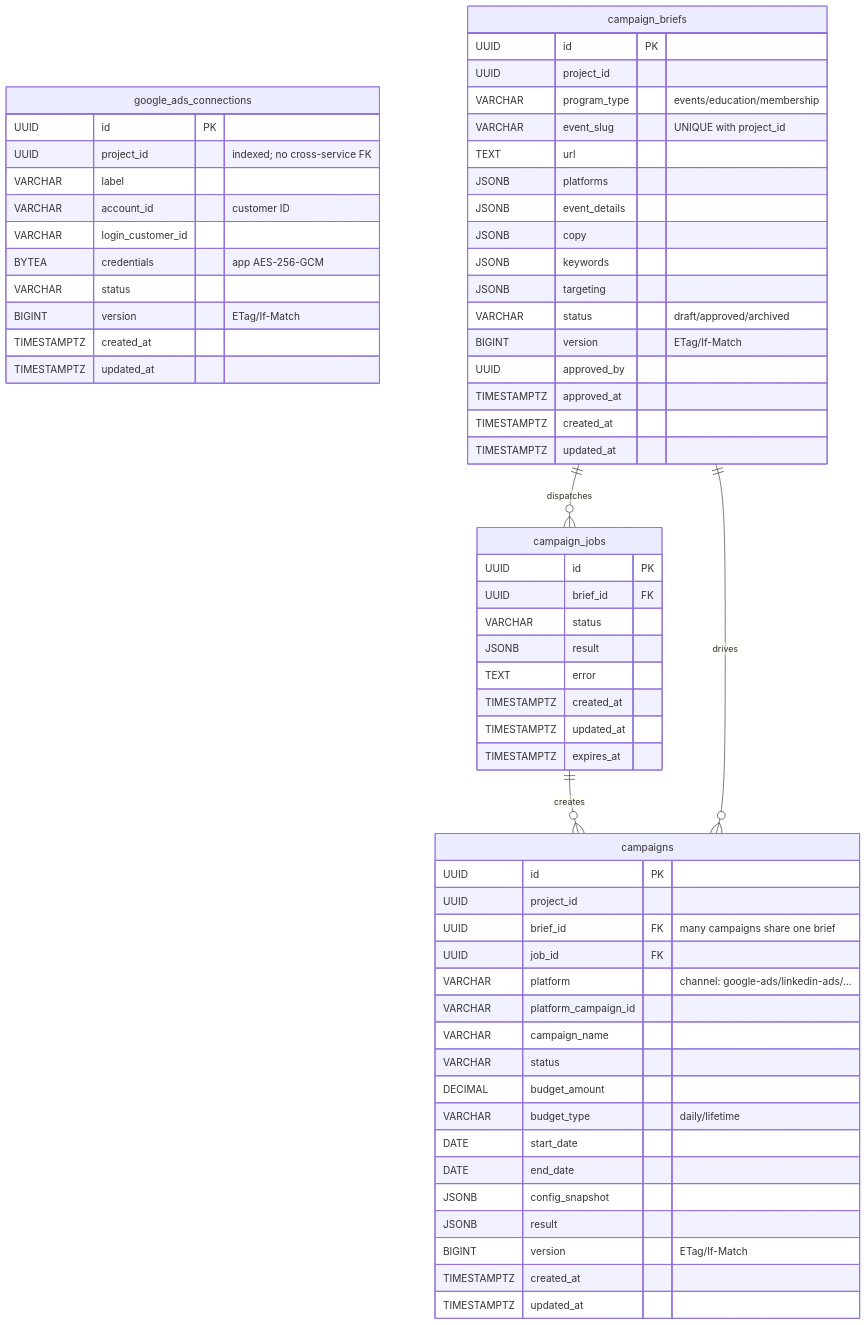
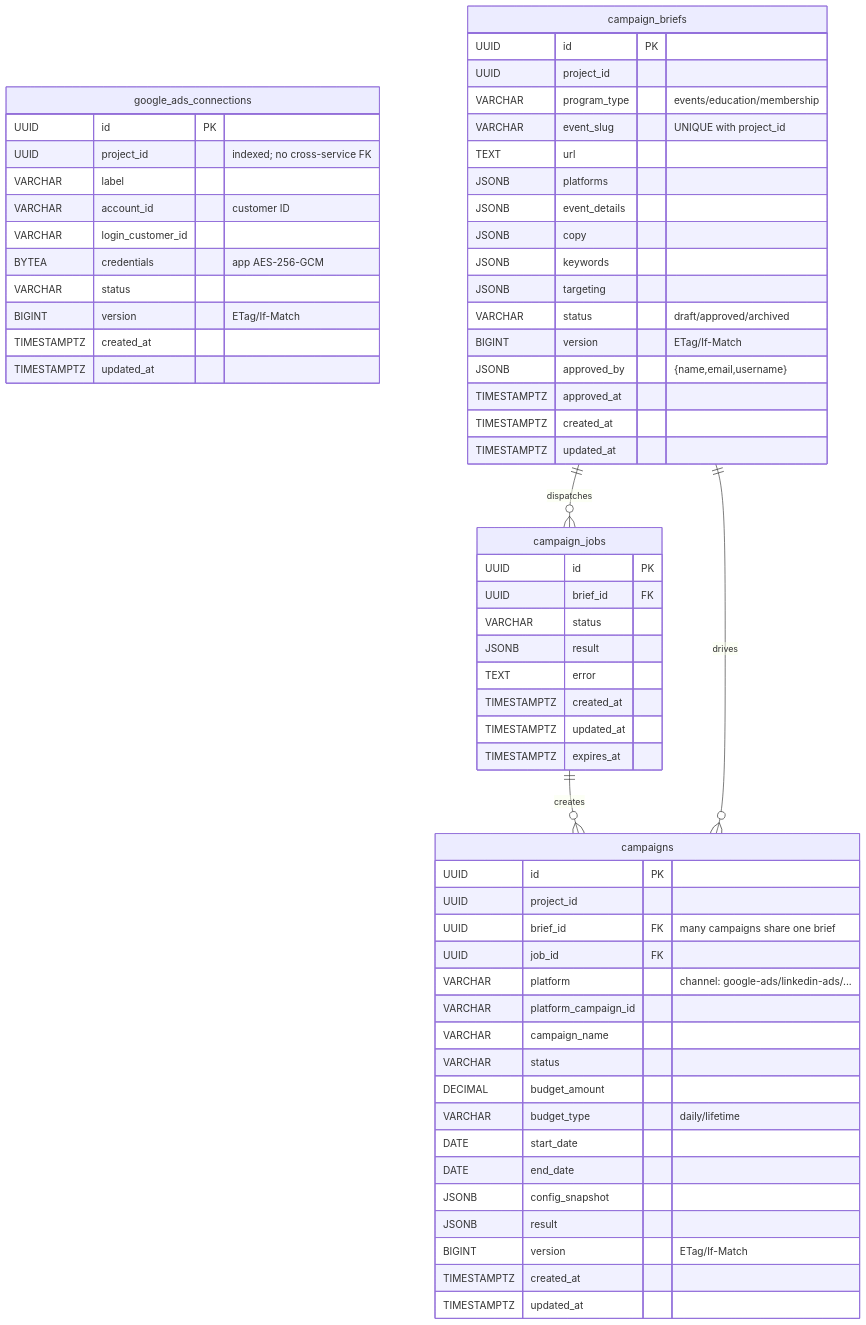
The seventh of 8 diagrams in docs/architecture.md (linuxfoundation/lfx-v2-campaign-service), drawn with Mermaid before and after one commit. The commit also changed 2 other files, not shown here.

Commit message:
docs: address Copilot re-review — consistent DDL and types
- Present per-provider tables as a shared common-column fragment + provider-
  specific columns, so no snippet indexes a column it doesn't show (google_ads
  shown in full as the worked example). Fixes the 'omits common columns' notes.
- Correct credential column to BYTEA in the build-summary data-flow diagram
  (was JSONB) — it holds AES-256-GCM ciphertext.
- Align campaign_briefs.approved_by to JSONB {name,email,username} in the
  architecture ER diagram (matched the schema doc).
- Fix pgcrypto rationale: pgcrypto can do symmetric encryption; the reason for
  app-level AES-GCM is key custody (key never lives in the DB), not capability.

````diff
--- a/docs/architecture.md
+++ b/docs/architecture.md
@@ -345,69 +345,69 @@
 ```mermaid
 erDiagram
     google_ads_connections {
         UUID id PK
         UUID project_id "indexed; no cross-service FK"
         VARCHAR label
         VARCHAR account_id "customer ID"
         VARCHAR login_customer_id
         BYTEA credentials "app AES-256-GCM"
         VARCHAR status
         BIGINT version "ETag/If-Match"
         TIMESTAMPTZ created_at
         TIMESTAMPTZ updated_at
     }
 
     campaign_briefs {
         UUID id PK
         UUID project_id
         VARCHAR program_type "events/education/membership"
         VARCHAR event_slug "UNIQUE with project_id"
         TEXT url
         JSONB platforms
         JSONB event_details
         JSONB copy
         JSONB keywords
         JSONB targeting
         VARCHAR status "draft/approved/archived"
         BIGINT version "ETag/If-Match"
-        UUID approved_by
+        JSONB approved_by "{name,email,username}"
         TIMESTAMPTZ approved_at
         TIMESTAMPTZ created_at
         TIMESTAMPTZ updated_at
     }
 
     campaigns {
         UUID id PK
         UUID project_id
         UUID brief_id FK "many campaigns share one brief"
         UUID job_id FK
         VARCHAR platform "channel: google-ads/linkedin-ads/..."
         VARCHAR platform_campaign_id
         VARCHAR campaign_name
         VARCHAR status
         DECIMAL budget_amount
         VARCHAR budget_type "daily/lifetime"
         DATE start_date
         DATE end_date
         JSONB config_snapshot
         JSONB result
         BIGINT version "ETag/If-Match"
         TIMESTAMPTZ created_at
         TIMESTAMPTZ updated_at
     }
 
     campaign_jobs {
         UUID id PK
         UUID brief_id FK
         VARCHAR status
         JSONB result
         TEXT error
         TIMESTAMPTZ created_at
         TIMESTAMPTZ updated_at
         TIMESTAMPTZ expires_at
     }
 
     campaign_briefs ||--o{ campaign_jobs : "dispatches"
     campaign_jobs ||--o{ campaigns : "creates"
     campaign_briefs ||--o{ campaigns : "drives"
 ```
````
